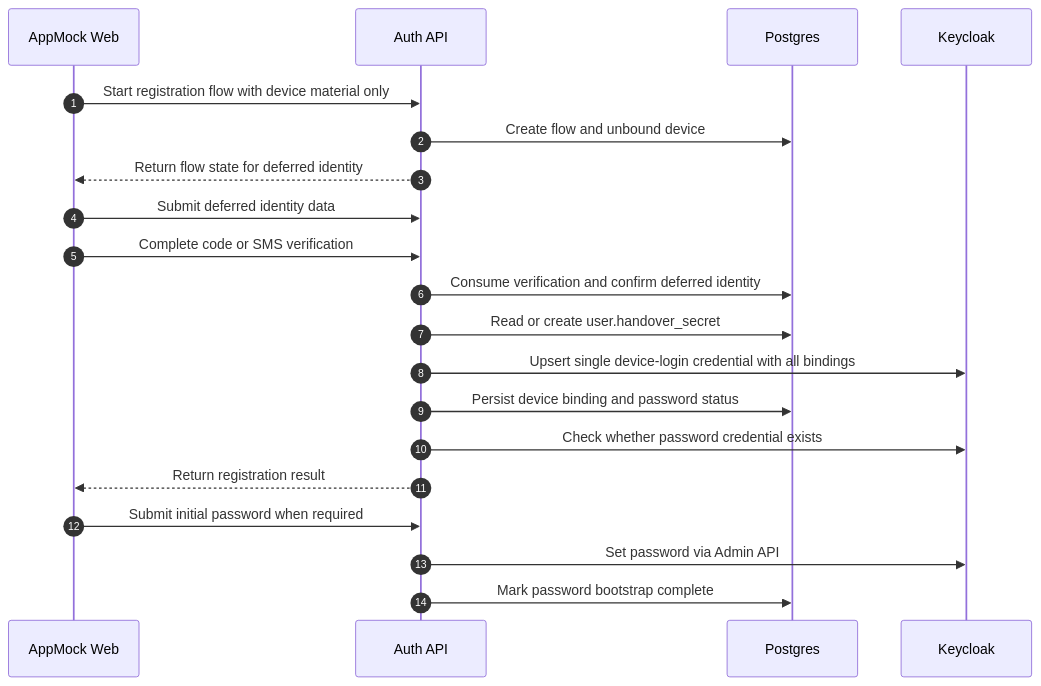
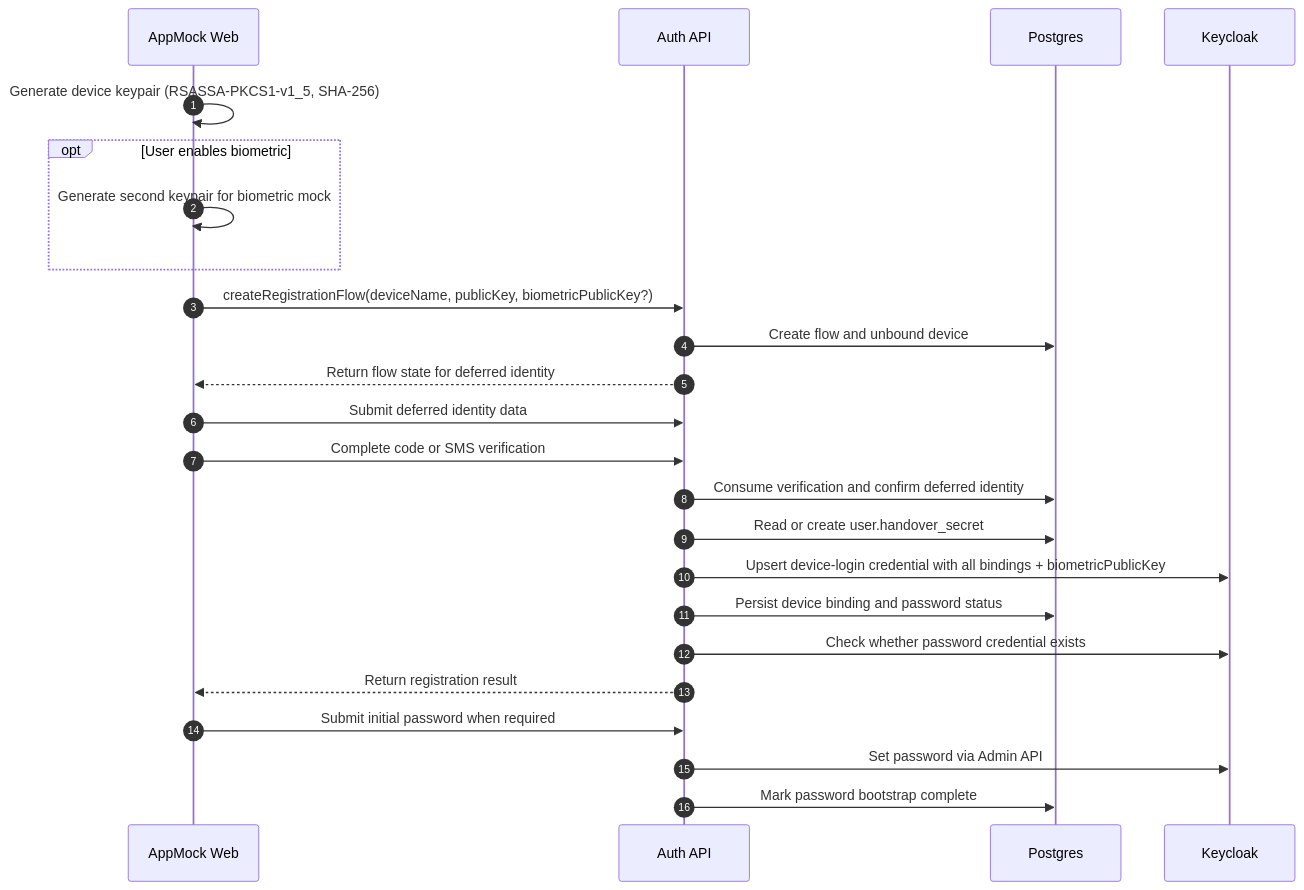
One commit to rpreissel/auth-sandbox-2 changed the diagram in docs/diagrams/sequences/device-registration-and-password-bootstrap/README.md. Above: the diagram before and after it, drawn with Mermaid. The commit also changed other lines of this file and 4 other files, not shown here.

First line of the commit message:
docs: update diagrams for One-Step-2FA Device Login with biometric

````diff
--- a/docs/diagrams/sequences/device-registration-and-password-bootstrap/README.md
+++ b/docs/diagrams/sequences/device-registration-and-password-bootstrap/README.md
@@ -9,23 +11,27 @@
 ```mermaid
 sequenceDiagram
   autonumber
   participant App as AppMock Web
   participant Auth as Auth API
   participant DB as Postgres
   participant KC as Keycloak
 
-  App->>Auth: Start registration flow with device material only
+  App->>App: Generate device keypair (RSASSA-PKCS1-v1_5, SHA-256)
+  opt User enables biometric
+    App->>App: Generate second keypair for biometric mock
+  end
+  App->>Auth: createRegistrationFlow(deviceName, publicKey, biometricPublicKey?)
   Auth->>DB: Create flow and unbound device
   Auth-->>App: Return flow state for deferred identity
   App->>Auth: Submit deferred identity data
   App->>Auth: Complete code or SMS verification
   Auth->>DB: Consume verification and confirm deferred identity
   Auth->>DB: Read or create user.handover_secret
-  Auth->>KC: Upsert single device-login credential with all bindings
+  Auth->>KC: Upsert device-login credential with all bindings + biometricPublicKey
   Auth->>DB: Persist device binding and password status
   Auth->>KC: Check whether password credential exists
   Auth-->>App: Return registration result
   App->>Auth: Submit initial password when required
   Auth->>KC: Set password via Admin API
   Auth->>DB: Mark password bootstrap complete
 ```
````
